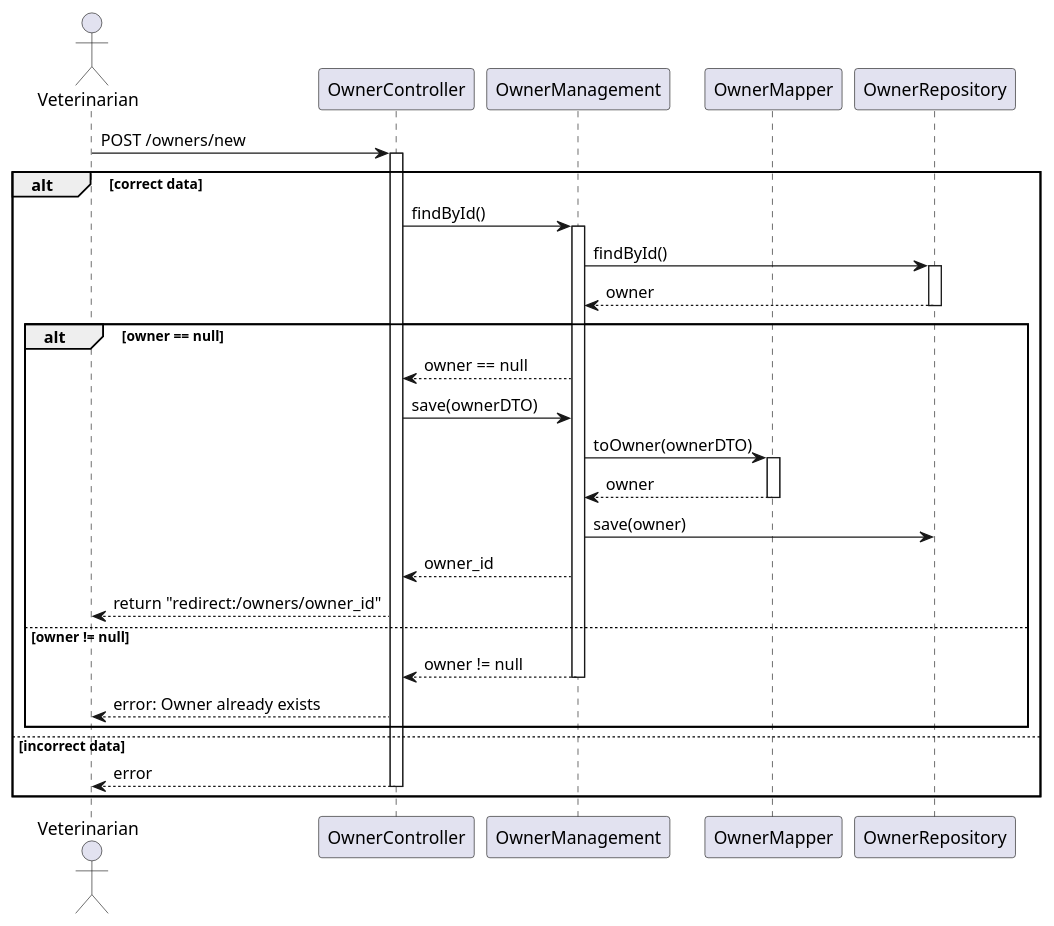
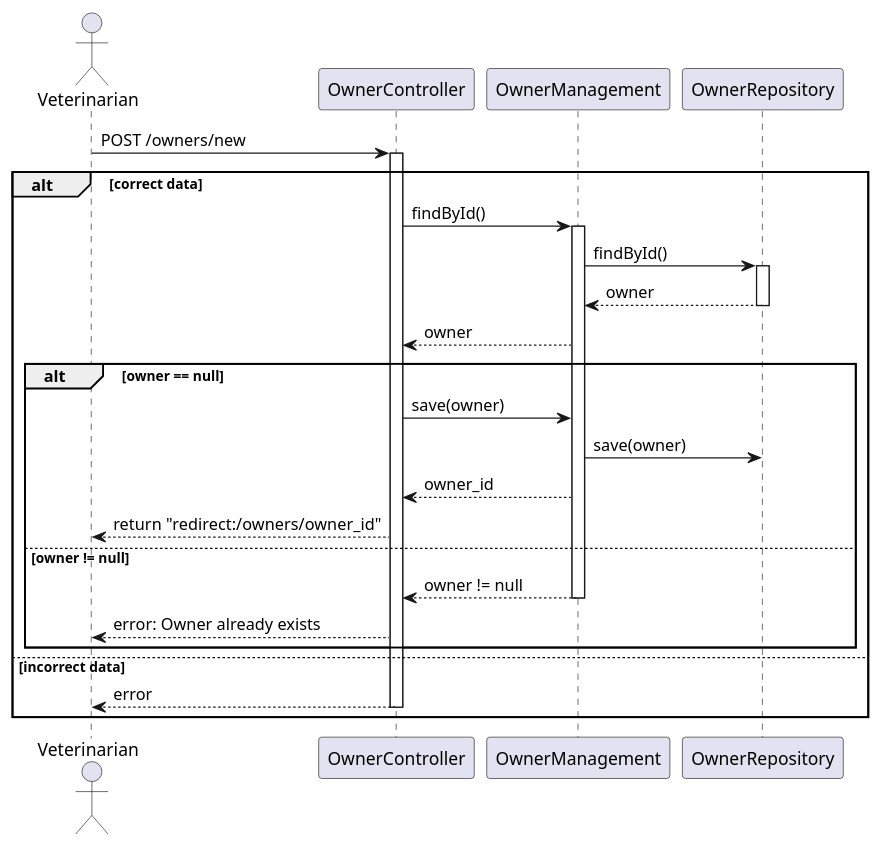
The diagram in docs/modulith/SD/AddOwner/N3AddOwner.puml (miguel1211593/spring_modulith), drawn with PlantUML before and after one commit. The commit also changed 41 other files, not shown here.

```diff
--- a/docs/modulith/SD/AddOwner/N3AddOwner.puml
+++ b/docs/modulith/SD/AddOwner/N3AddOwner.puml
@@ -1,39 +1,34 @@
 @startuml
 
 actor Veterinarian
 participant "OwnerController" as Controller
 participant "OwnerManagement" as Service
-participant "OwnerMapper" as Mapper
 participant "OwnerRepository" as Repository
 
 Veterinarian -> Controller: POST /owners/new
 alt correct data
 activate Controller
 Controller -> Service: findById()
 activate Service
 Service -> Repository: findById()
 activate Repository
 Repository --> Service: owner
 deactivate Repository
+Service --> Controller: owner
 alt owner == null
-Service --> Controller: owner == null
-Controller -> Service: save(ownerDTO)
-Service -> Mapper: toOwner(ownerDTO)
-activate Mapper
-Mapper --> Service: owner
-deactivate Mapper
+Controller -> Service: save(owner)
 Service -> Repository: save(owner)
 Service --> Controller: owner_id
 Controller --> Veterinarian: return "redirect:/owners/owner_id"
 else owner != null
 Service --> Controller: owner != null
 deactivate Service
 Controller --> Veterinarian: error: Owner already exists
 end
 else incorrect data
 Controller --> Veterinarian: error
 deactivate Controller
 end
 
 
 @enduml
```
